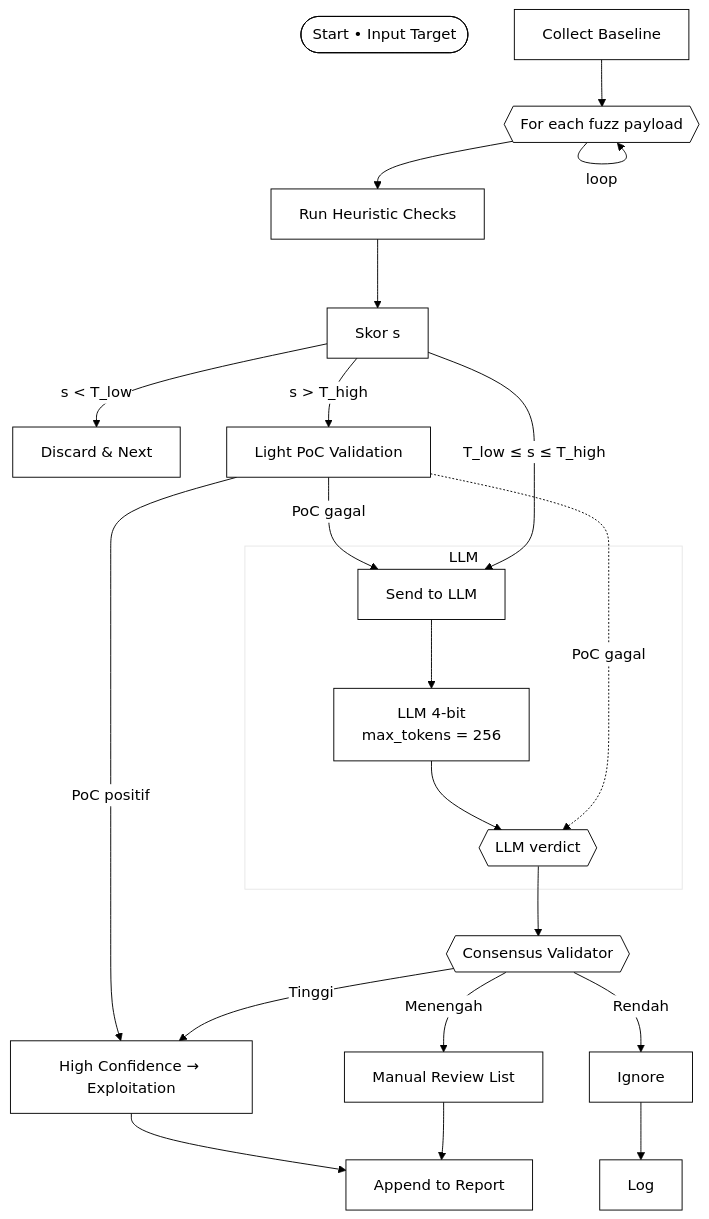
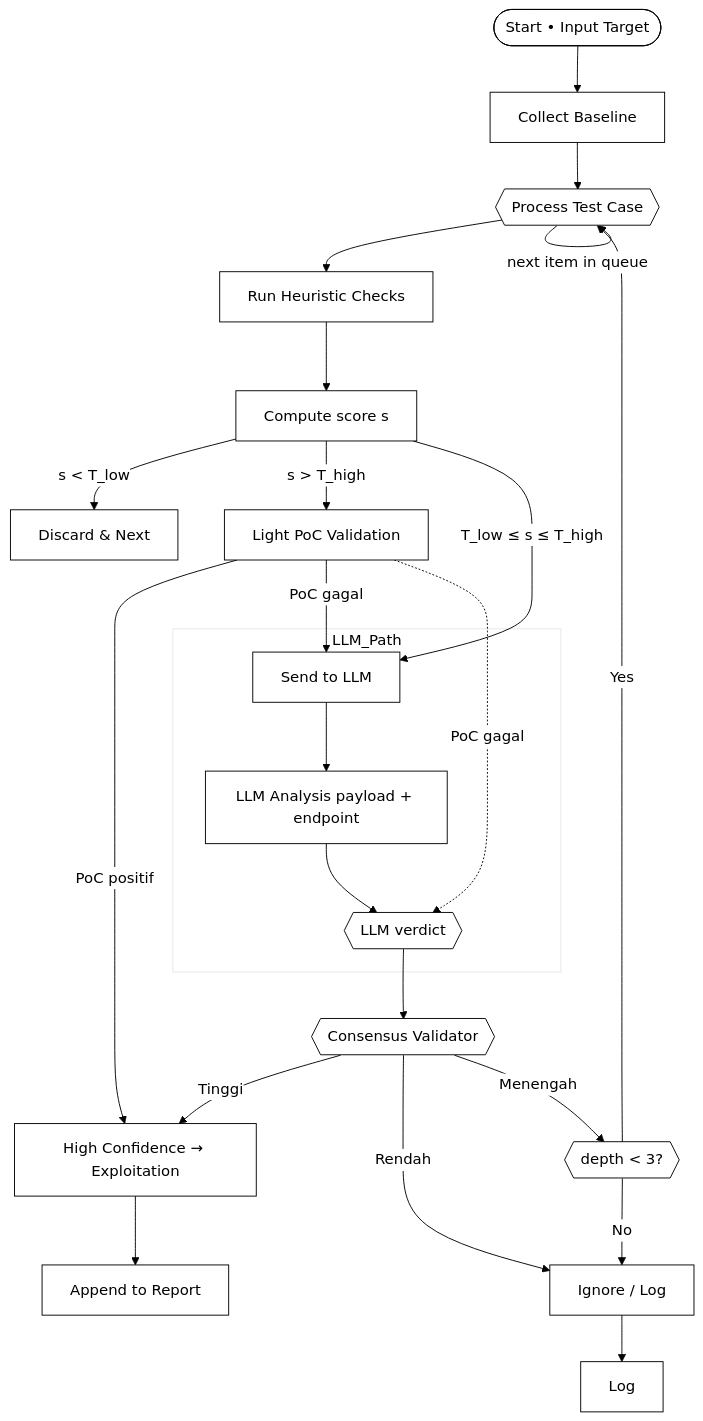
One commit to alifiarahmah/arsene changed the diagram in docs/flowchart.mermaid. Above: the diagram before and after it, drawn with Mermaid. The commit also changed 1 other file, not shown here.

Commit message:
change diagram

```diff
--- a/docs/flowchart.mermaid
+++ b/docs/flowchart.mermaid
@@ -1,45 +1,56 @@
 ---
 config:
   theme: base
   themeVariables:
     primaryColor: '#fff'
     primaryTextColor: '#000'
     primaryBorderColor: '#000'
     lineColor: '#000'
 ---
 flowchart TD
+    %% ---------- Inisialisasi ----------
     A([Start • Input Target])
-    B[Collect Baseline] --> C{{For each fuzz payload}}
+    B[Collect Baseline]
+    A --> B
 
-    C --> D[Run Heuristic Checks] --> E[Skor s]
+    %% ---------- Antrian Test Case ----------
+    B --> C{{Process Test Case}}
 
-    E -->|s < T_low| X[Discard & Next]
+    C --> D[Run Heuristic Checks]
+    D --> E[Compute score s]
+
+    %% ---------- Zona Rendah ----------
+    E -->|s &lt; T_low| X[Discard & Next]
 
     %% ---------- Zona Tinggi ----------
-    E -->|s > T_high| H[Light PoC Validation]
+    E -->|s &gt; T_high| H[Light PoC Validation]
     H -->|PoC positif| L[High Confidence → Exploitation]
     H -->|PoC gagal| G[Send to LLM]
 
     %% ---------- Zona Ambigu ----------
     E -->|T_low ≤ s ≤ T_high| G
 
-    %% ---------- LLM path ----------
-    subgraph LLM
-        G --> I[LLM 4-bit<br>max_tokens = 256]
+    %% ---------- Jalur LLM ----------
+    subgraph LLM_Path
+        G --> I[LLM Analysis payload + endpoint]
         I --> J{{LLM verdict}}
     end
 
-    %% ---------- Consensus ----------
+    %% ---------- Konsensus ----------
     H -. "PoC gagal" .-> J
     J --> K{{Consensus Validator}}
 
     K -->|Tinggi| L
-    K -->|Menengah| M[Manual Review List]
-    K -->|Rendah| N[Ignore]
+    K -->|Rendah| N[Ignore / Log]
+
+    %% ---------- Iterasi Otomatis ----------
+    K -->|Menengah| D0{{depth &lt; 3?}}
+    D0 -->|Yes| C
+    D0 -->|No| N
 
     %% ---------- Reporting ----------
     L --> R[Append to Report]
-    M --> R
     N --> P[Log]
 
-    C -->|loop| C
+    %% ---------- Penanda loop ----------
+    C -->|next item in queue| C
```
